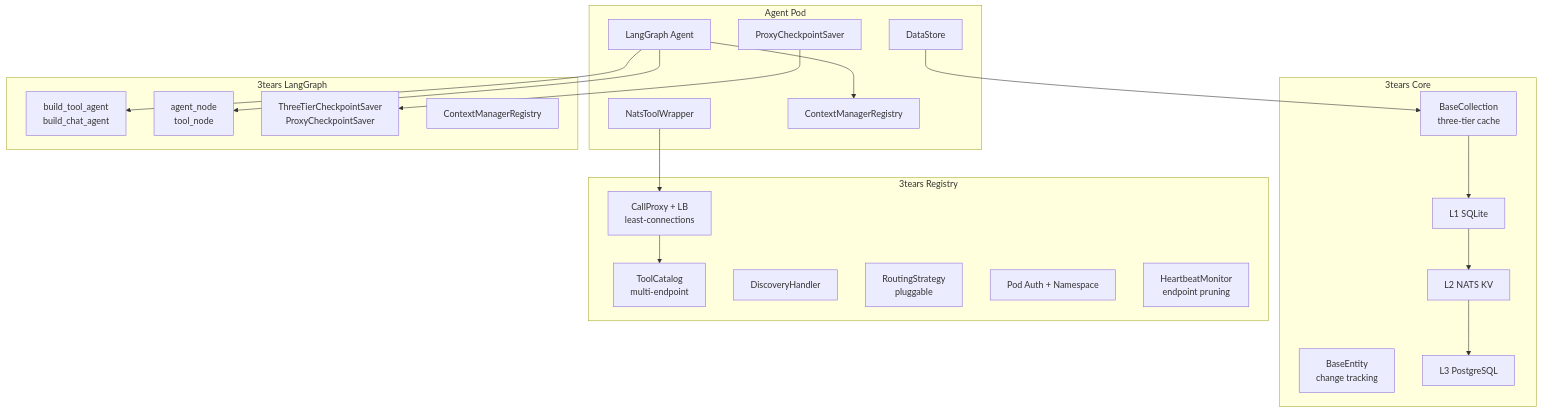
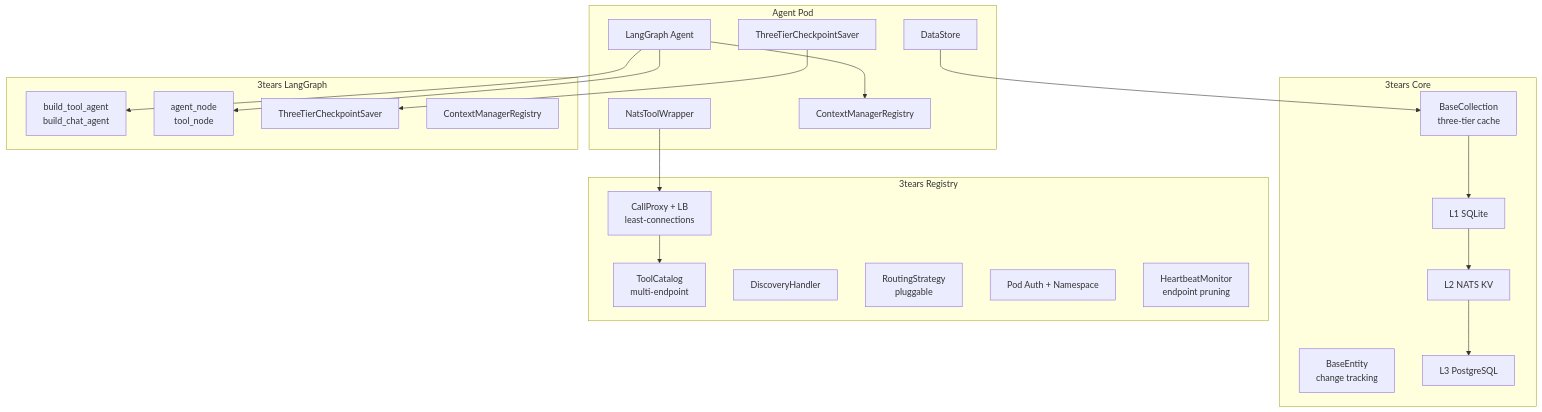
One commit to pacepace/3tears changed the diagram in README.md. Above: the diagram before and after it, drawn with Mermaid. The commit also changed other lines of this file and 10 other files, not shown here.

First line of the commit message:
refactor(langgraph): consolidate ProxyCheckpointSaver into ThreeTierCheckpointSaver (namespace-task-01 phase 8.5l-4)

````diff
--- a/README.md
+++ b/README.md
@@ -24,43 +24,43 @@
 ```mermaid
 graph TB
     subgraph "Agent Pod"
         AGENT[LangGraph Agent]
         TOOLS[NatsToolWrapper]
-        CHECK[ProxyCheckpointSaver]
+        CHECK[ThreeTierCheckpointSaver]
         DATA[DataStore]
         CTX[ContextManagerRegistry]
     end
 
     subgraph "3tears Core"
         ENT[BaseEntity<br/>change tracking]
         COL[BaseCollection<br/>three-tier cache]
         L1[L1 SQLite]
         L2[L2 NATS KV]
         L3[L3 PostgreSQL]
     end
 
     subgraph "3tears LangGraph"
         BUILD[build_tool_agent<br/>build_chat_agent]
         NODES[agent_node<br/>tool_node]
-        CKPT[ThreeTierCheckpointSaver<br/>ProxyCheckpointSaver]
+        CKPT[ThreeTierCheckpointSaver]
         CREG[ContextManagerRegistry]
     end
 
     subgraph "3tears Registry"
         CAT[ToolCatalog<br/>multi-endpoint]
         DISC[DiscoveryHandler]
         PROXY[CallProxy + LB<br/>least-connections]
         ROUTE[RoutingStrategy<br/>pluggable]
         REG_AUTH[Pod Auth + Namespace]
         HB[HeartbeatMonitor<br/>endpoint pruning]
     end
 
     AGENT --> BUILD
     AGENT --> NODES
     AGENT --> CTX
     CHECK --> CKPT
     DATA --> COL
     COL --> L1 --> L2 --> L3
     TOOLS --> PROXY
     PROXY --> CAT
 ```
````
